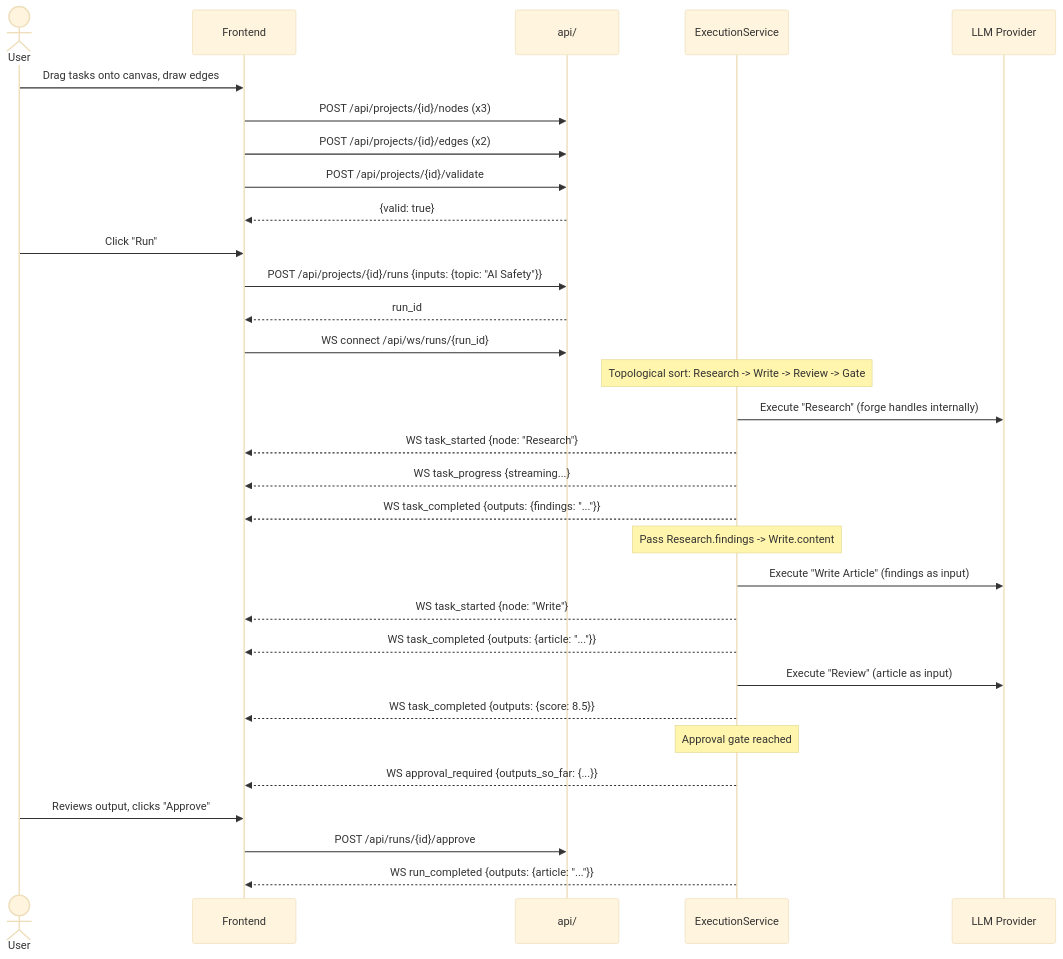
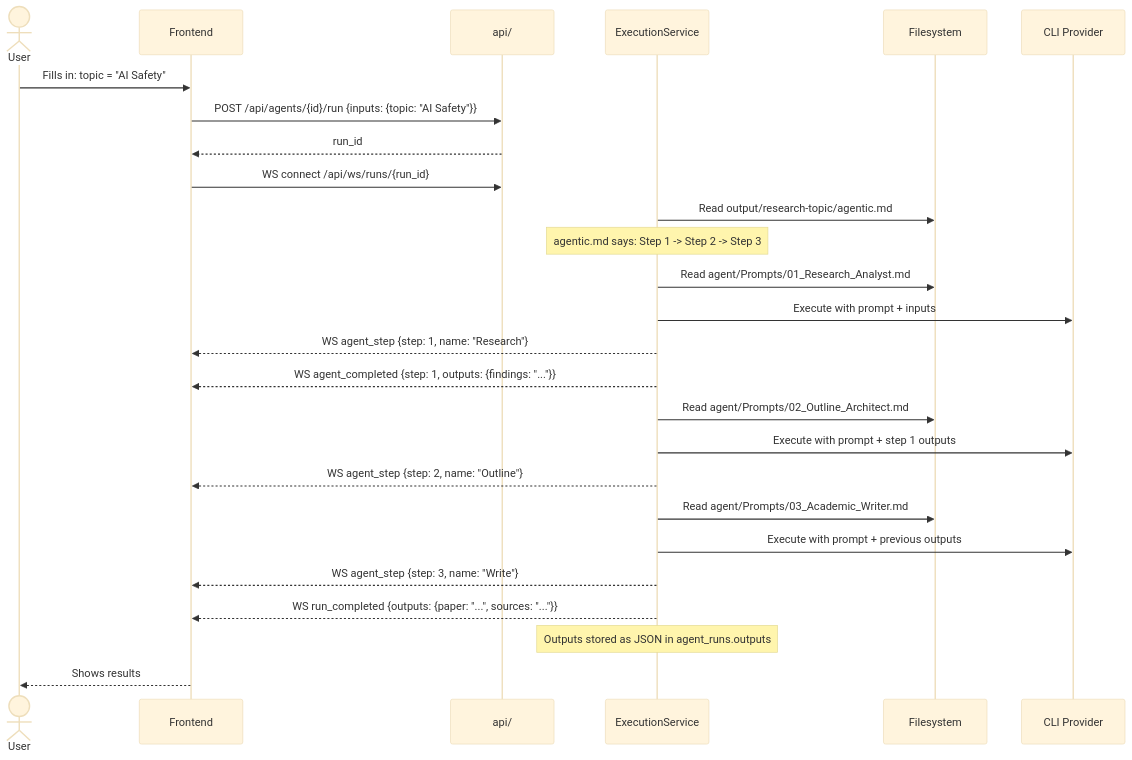
One commit to MONTBRAIN/vadgr changed the eighth of 10 diagrams in api/docs/API_ARCHITECTURE.md. Above: the diagram before and after it, drawn with Mermaid (base theme). The commit also changed other lines of this file and 32 other files, not shown here.

First line of the commit message:
Add config-driven CLI provider layer, rename tasks to agents, add CI for api module

````diff
--- a/api/docs/API_ARCHITECTURE.md
+++ b/api/docs/API_ARCHITECTURE.md
@@ -591,43 +734,34 @@
 ```mermaid
 sequenceDiagram
     actor User
     participant FE as Frontend
     participant API as api/
     participant ES as ExecutionService
-    participant LLM as LLM Provider
+    participant FS as Filesystem
+    participant LLM as CLI Provider
 
-    User->>FE: Drag tasks onto canvas, draw edges
-    FE->>API: POST /api/projects/{id}/nodes (x3)
-    FE->>API: POST /api/projects/{id}/edges (x2)
-    FE->>API: POST /api/projects/{id}/validate
-    API-->>FE: {valid: true}
-
-    User->>FE: Click "Run"
-    FE->>API: POST /api/projects/{id}/runs {inputs: {topic: "AI Safety"}}
+    User->>FE: Fills in: topic = "AI Safety"
+    FE->>API: POST /api/agents/{id}/run {inputs: {topic: "AI Safety"}}
     API-->>FE: run_id
     FE->>API: WS connect /api/ws/runs/{run_id}
 
-    Note over ES: Topological sort: Research -> Write -> Review -> Gate
+    ES->>FS: Read output/research-topic/agentic.md
+    Note over ES: agentic.md says: Step 1 -> Step 2 -> Step 3
 
-    ES->>LLM: Execute "Research" (forge handles internally)
-    ES-->>FE: WS task_started {node: "Research"}
-    ES-->>FE: WS task_progress {streaming...}
-    ES-->>FE: WS task_completed {outputs: {findings: "..."}}
+    ES->>FS: Read agent/Prompts/01_Research_Analyst.md
+    ES->>LLM: Execute with prompt + inputs
+    ES-->>FE: WS agent_step {step: 1, name: "Research"}
+    ES-->>FE: WS agent_completed {step: 1, outputs: {findings: "..."}}
 
-    Note over ES: Pass Research.findings -> Write.content
+    ES->>FS: Read agent/Prompts/02_Outline_Architect.md
+    ES->>LLM: Execute with prompt + step 1 outputs
+    ES-->>FE: WS agent_step {step: 2, name: "Outline"}
 
-    ES->>LLM: Execute "Write Article" (findings as input)
-    ES-->>FE: WS task_started {node: "Write"}
-    ES-->>FE: WS task_completed {outputs: {article: "..."}}
+    ES->>FS: Read agent/Prompts/03_Academic_Writer.md
+    ES->>LLM: Execute with prompt + previous outputs
+    ES-->>FE: WS agent_step {step: 3, name: "Write"}
 
-    ES->>LLM: Execute "Review" (article as input)
-    ES-->>FE: WS task_completed {outputs: {score: 8.5}}
-
-    Note over ES: Approval gate reached
-    ES-->>FE: WS approval_required {outputs_so_far: {...}}
-
-    User->>FE: Reviews output, clicks "Approve"
-    FE->>API: POST /api/runs/{id}/approve
-
-    ES-->>FE: WS run_completed {outputs: {article: "..."}}
+    ES-->>FE: WS run_completed {outputs: {paper: "...", sources: "..."}}
+    Note over ES: Outputs stored as JSON in agent_runs.outputs
+    FE-->>User: Shows results
 ```
````
